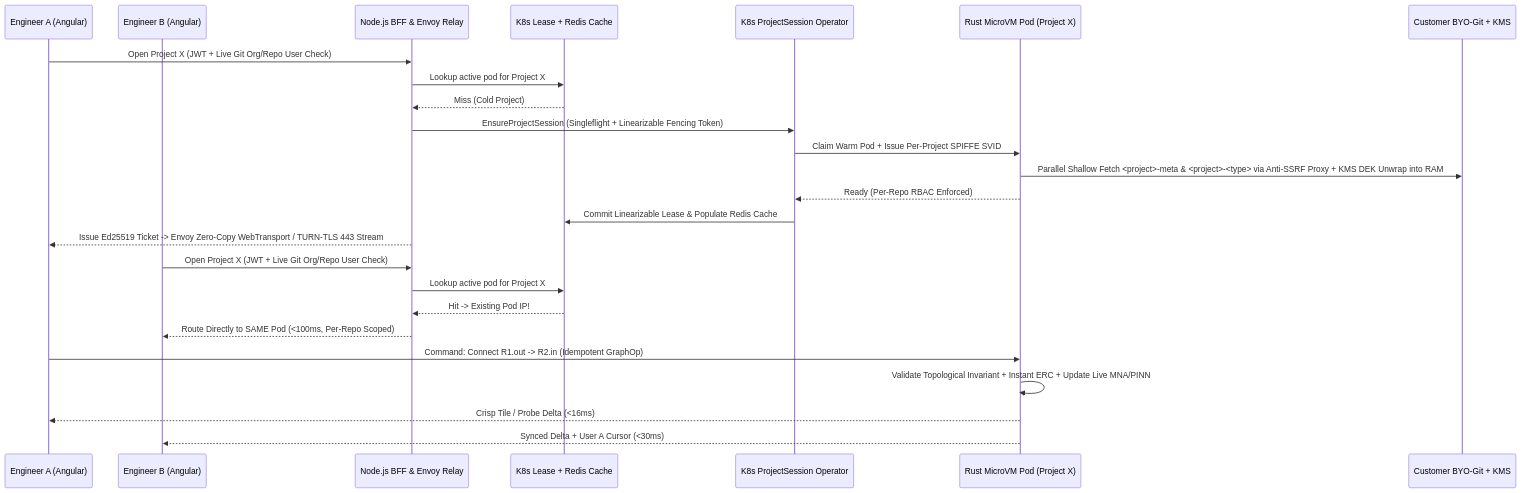
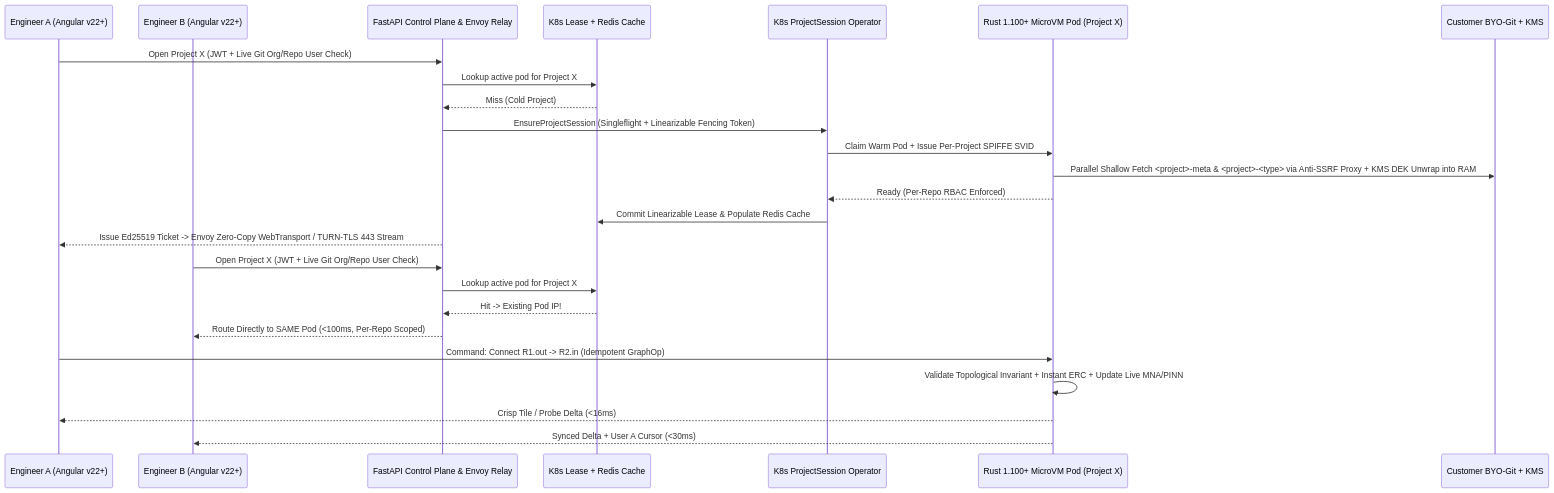
The second of 2 diagrams in architecture/02-system-architecture.md (the-code-master/signal), drawn with Mermaid before and after one commit. The commit also changed other lines of this file and 52 other files, not shown here.

Commit message:
docs: enforce Angular v22+, Rust 1.100+, Node 26 LTS+ & adopt Python 3.15+ FastAPI Control Plane (ADR-002)

````diff
--- a/architecture/02-system-architecture.md
+++ b/architecture/02-system-architecture.md
@@ -130,30 +130,30 @@
 ```mermaid
 sequenceDiagram
-    participant U1 as Engineer A (Angular)
-    participant U2 as Engineer B (Angular)
-    participant BFF as Node.js BFF & Envoy Relay
+    participant U1 as Engineer A (Angular v22+)
+    participant U2 as Engineer B (Angular v22+)
+    participant API as FastAPI Control Plane & Envoy Relay
     participant Lease as K8s Lease + Redis Cache
     participant Op as K8s ProjectSession Operator
-    participant Pod as Rust MicroVM Pod (Project X)
+    participant Pod as Rust 1.100+ MicroVM Pod (Project X)
     participant Git as Customer BYO-Git + KMS
 
-    U1->>BFF: Open Project X (JWT + Live Git Org/Repo User Check)
-    BFF->>Lease: Lookup active pod for Project X
-    Lease-->>BFF: Miss (Cold Project)
-    BFF->>Op: EnsureProjectSession (Singleflight + Linearizable Fencing Token)
+    U1->>API: Open Project X (JWT + Live Git Org/Repo User Check)
+    API->>Lease: Lookup active pod for Project X
+    Lease-->>API: Miss (Cold Project)
+    API->>Op: EnsureProjectSession (Singleflight + Linearizable Fencing Token)
     Op->>Pod: Claim Warm Pod + Issue Per-Project SPIFFE SVID
     Pod->>Git: Parallel Shallow Fetch <project>-meta & <project>-<type> via Anti-SSRF Proxy + KMS DEK Unwrap into RAM
     Pod-->>Op: Ready (Per-Repo RBAC Enforced)
     Op->>Lease: Commit Linearizable Lease & Populate Redis Cache
-    BFF-->>U1: Issue Ed25519 Ticket -> Envoy Zero-Copy WebTransport / TURN-TLS 443 Stream
+    API-->>U1: Issue Ed25519 Ticket -> Envoy Zero-Copy WebTransport / TURN-TLS 443 Stream
 
-    U2->>BFF: Open Project X (JWT + Live Git Org/Repo User Check)
-    BFF->>Lease: Lookup active pod for Project X
-    Lease-->>BFF: Hit -> Existing Pod IP!
-    BFF-->>U2: Route Directly to SAME Pod (<100ms, Per-Repo Scoped)
+    U2->>API: Open Project X (JWT + Live Git Org/Repo User Check)
+    API->>Lease: Lookup active pod for Project X
+    Lease-->>API: Hit -> Existing Pod IP!
+    API-->>U2: Route Directly to SAME Pod (<100ms, Per-Repo Scoped)
 
     U1->>Pod: Command: Connect R1.out -> R2.in (Idempotent GraphOp)
     Pod->>Pod: Validate Topological Invariant + Instant ERC + Update Live MNA/PINN
     Pod-->>U1: Crisp Tile / Probe Delta (<16ms)
     Pod-->>U2: Synced Delta + User A Cursor (<30ms)
 ```
````
